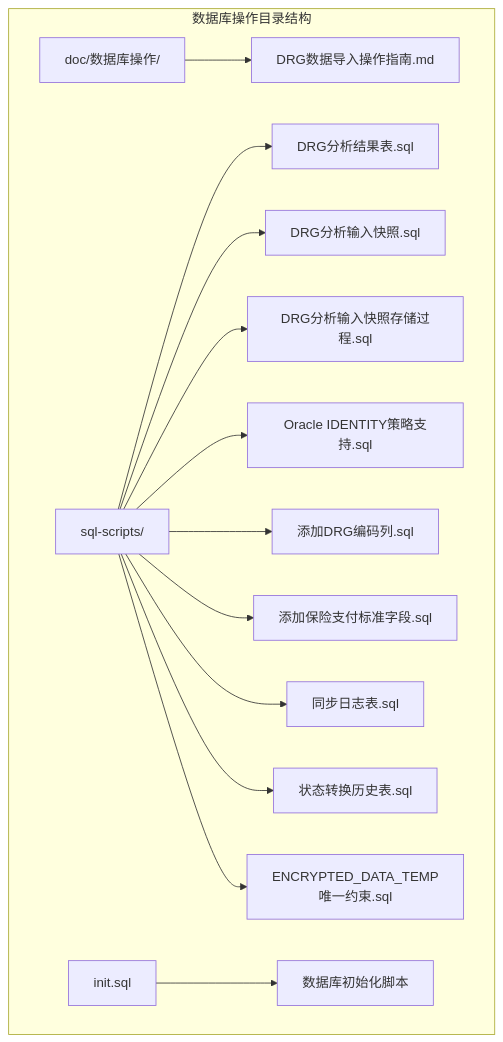
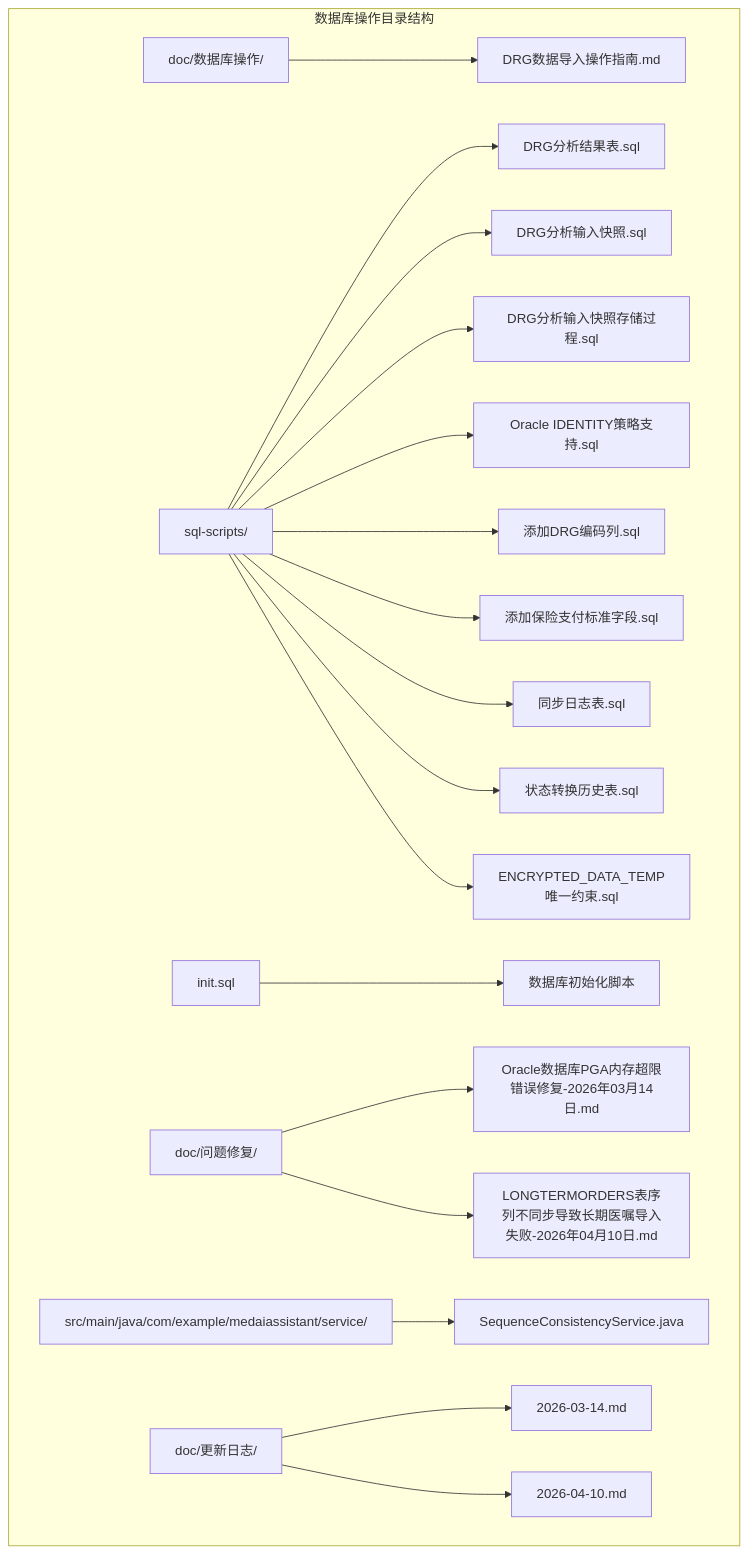
The first of 17 diagrams in .qoder/repowiki/zh/content/Database Operations.md (liuzh2008/med_ai_assistant_workspace), drawn with Mermaid before and after one commit. The commit also changed other lines of this file and 6 other files, not shown here.

````diff
--- a/.qoder/repowiki/zh/content/Database Operations.md
+++ b/.qoder/repowiki/zh/content/Database Operations.md
@@ -37,16 +51,21 @@
 ```mermaid
 graph TB
 subgraph "数据库操作目录结构"
 A[doc/数据库操作/] --> A1[DRG数据导入操作指南.md]
 B[sql-scripts/] --> B1[DRG分析结果表.sql]
 B --> B2[DRG分析输入快照.sql]
 B --> B3[DRG分析输入快照存储过程.sql]
 B --> B4[Oracle IDENTITY策略支持.sql]
 B --> B5[添加DRG编码列.sql]
 B --> B6[添加保险支付标准字段.sql]
 B --> B7[同步日志表.sql]
 B --> B8[状态转换历史表.sql]
 B --> B9[ENCRYPTED_DATA_TEMP唯一约束.sql]
 C[init.sql] --> C1[数据库初始化脚本]
+D[doc/问题修复/] --> D1[Oracle数据库PGA内存超限错误修复-2026年03月14日.md]
+D --> D2[LONGTERMORDERS表序列不同步导致长期医嘱导入失败-2026年04月10日.md]
+E[src/main/java/com/example/medaiassistant/service/] --> E1[SequenceConsistencyService.java]
+F[doc/更新日志/] --> F1[2026-03-14.md]
+F --> F2[2026-04-10.md]
 end
 ```
````
